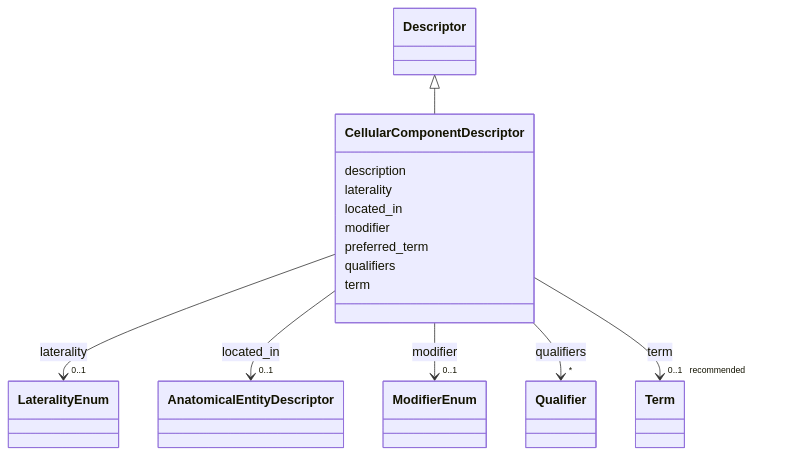
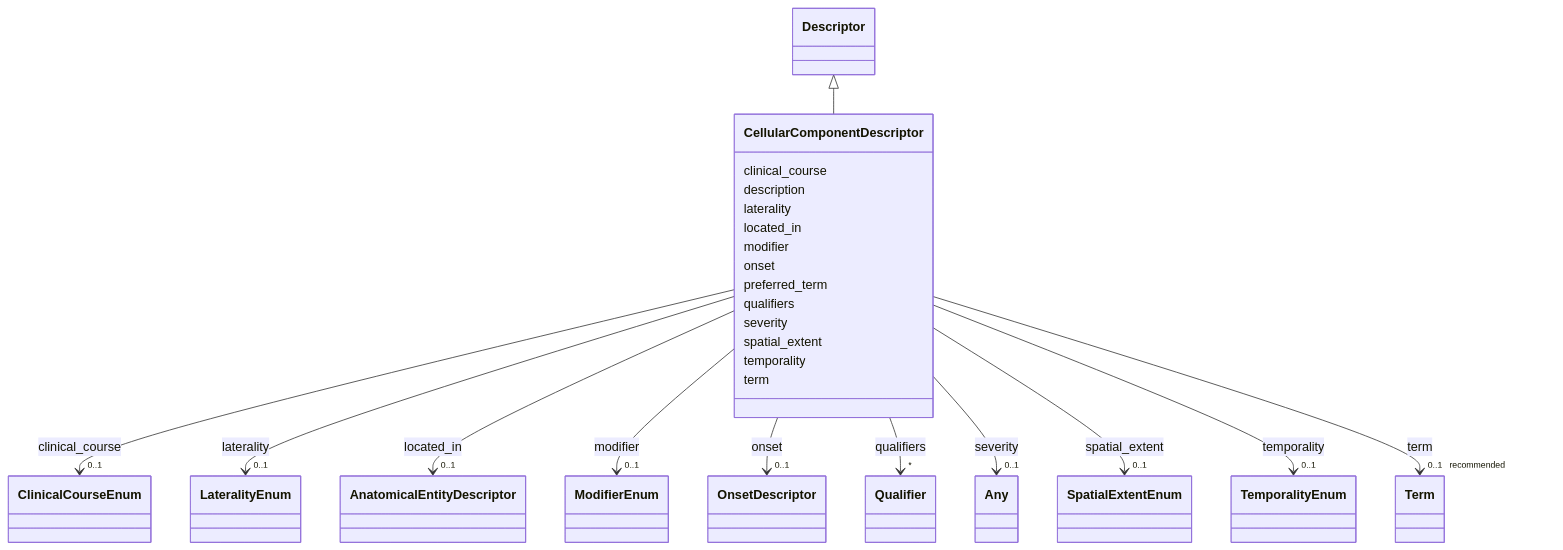
The diagram in docs/schema/classes/CellularComponentDescriptor.md (monarch-initiative/dismech), drawn with Mermaid before and after one commit. The commit also changed other lines of this file and 1343 other files, not shown here.

First line of the commit message:
docs: regenerate schema docs and point design-decisions link at rendered page

```diff
--- a/docs/schema/classes/CellularComponentDescriptor.md
+++ b/docs/schema/classes/CellularComponentDescriptor.md
@@ -22,6 +22,17 @@
       Descriptor <|-- CellularComponentDescriptor
         click Descriptor href "../../classes/Descriptor/"
       
+      CellularComponentDescriptor : clinical_course
+        
+          
+    
+        
+        
+        CellularComponentDescriptor --> "0..1" ClinicalCourseEnum : clinical_course
+        click ClinicalCourseEnum href "../../enums/ClinicalCourseEnum/"
+    
+
+        
       CellularComponentDescriptor : description
         
       CellularComponentDescriptor : laterality
@@ -57,6 +68,17 @@
     
 
         
+      CellularComponentDescriptor : onset
+        
+          
+    
+        
+        
+        CellularComponentDescriptor --> "0..1" OnsetDescriptor : onset
+        click OnsetDescriptor href "../../classes/OnsetDescriptor/"
+    
+
+        
       CellularComponentDescriptor : preferred_term
         
       CellularComponentDescriptor : qualifiers
@@ -67,6 +89,39 @@
         
         CellularComponentDescriptor --> "*" Qualifier : qualifiers
         click Qualifier href "../../classes/Qualifier/"
+    
+
+        
+      CellularComponentDescriptor : severity
+        
+          
+    
+        
+        
+        CellularComponentDescriptor --> "0..1" Any : severity
+        click Any href "../../classes/Any/"
+    
+
+        
+      CellularComponentDescriptor : spatial_extent
+        
+          
+    
+        
+        
+        CellularComponentDescriptor --> "0..1" SpatialExtentEnum : spatial_extent
+        click SpatialExtentEnum href "../../enums/SpatialExtentEnum/"
+    
+
+        
+      CellularComponentDescriptor : temporality
+        
+          
+    
+        
+        
+        CellularComponentDescriptor --> "0..1" TemporalityEnum : temporality
+        click TemporalityEnum href "../../enums/TemporalityEnum/"
     
 
         
```
